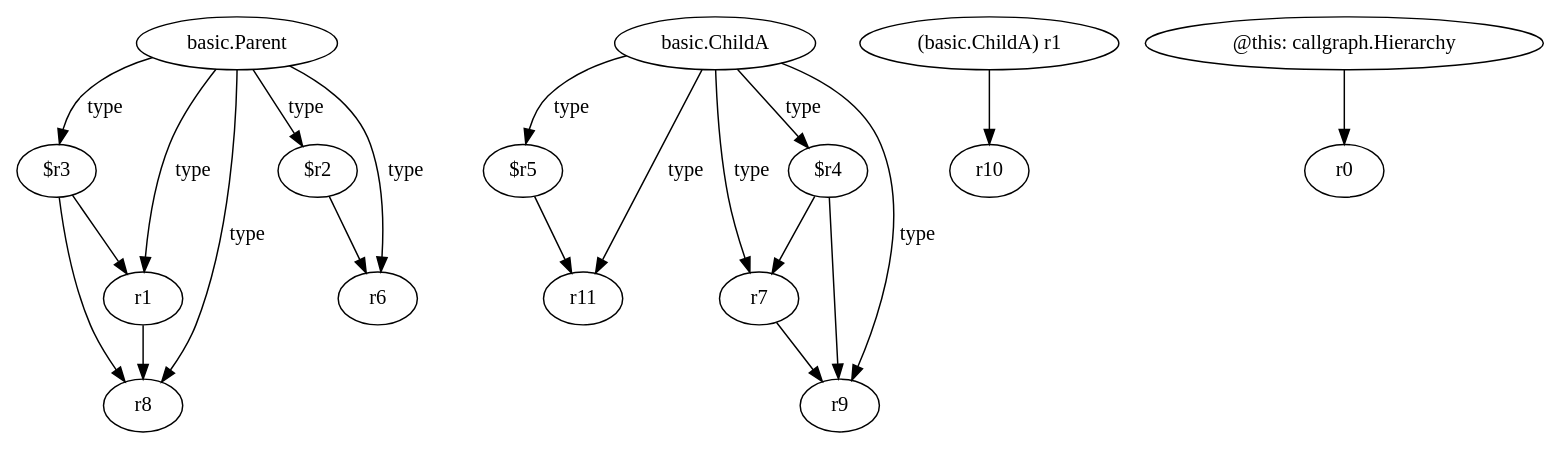
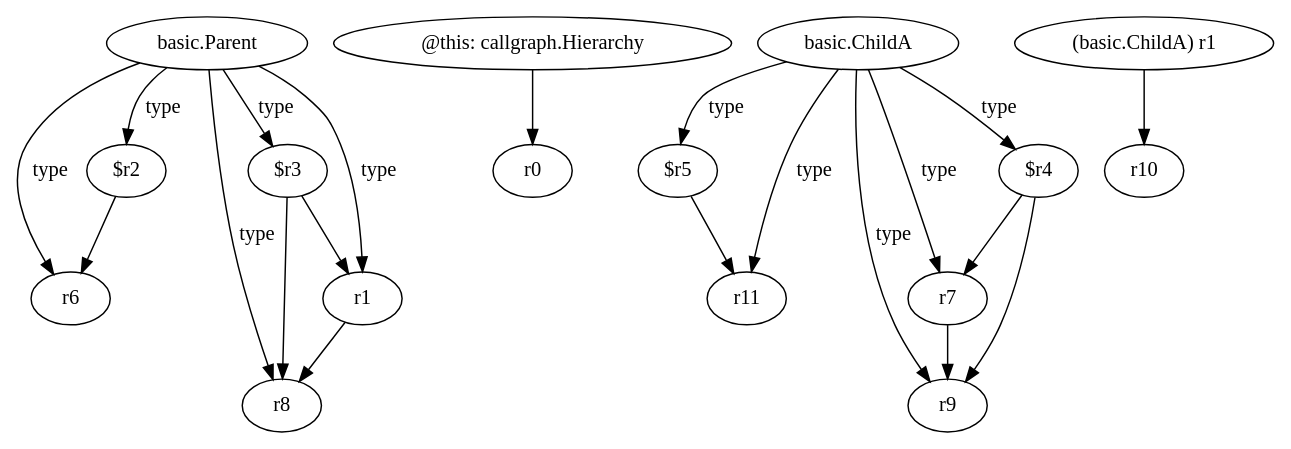
Before and after one commit to SeanCoek/zString: the diagram in relation2/<callgraph.Hierarchy: void assign()>.dot, drawn with Graphviz. The commit also changed 4443 other files, not shown here.

```diff
--- a/relation2/<callgraph.Hierarchy: void assign()>.dot
+++ b/relation2/<callgraph.Hierarchy: void assign()>.dot
@@ -1,38 +1,38 @@
 digraph g {
-0[label="$r3"]
-1[label="r8"]
-0->1[label=""]
-2[label="$r5"]
-3[label="r11"]
+0[label="basic.Parent"]
+1[label="$r2"]
+0->1[label="type"]
+2[label="$r3"]
+3[label="r8"]
 2->3[label=""]
-4[label="basic.Parent"]
+4[label="r6"]
+0->4[label="type"]
 5[label="r1"]
-4->5[label="type"]
-6[label="basic.ChildA"]
-7[label="$r4"]
-6->7[label="type"]
-0->5[label=""]
-8[label="(basic.ChildA) r1"]
-9[label="r10"]
-8->9[label=""]
-10[label="$r2"]
-4->10[label="type"]
-11[label="r7"]
-12[label="r9"]
-11->12[label=""]
-7->12[label=""]
-7->11[label=""]
-5->1[label=""]
-4->1[label="type"]
-6->2[label="type"]
-6->3[label="type"]
-13[label="r6"]
-10->13[label=""]
-6->11[label="type"]
-4->0[label="type"]
-6->12[label="type"]
-4->13[label="type"]
-14[label="@this: callgraph.Hierarchy"]
-15[label="r0"]
+0->5[label="type"]
+6[label="@this: callgraph.Hierarchy"]
+7[label="r0"]
+6->7[label=""]
+1->4[label=""]
+8[label="basic.ChildA"]
+9[label="r7"]
+8->9[label="type"]
+10[label="$r5"]
+8->10[label="type"]
+11[label="r9"]
+9->11[label=""]
+0->2[label="type"]
+12[label="r11"]
+10->12[label=""]
+0->3[label="type"]
+2->5[label=""]
+8->12[label="type"]
+13[label="$r4"]
+8->13[label="type"]
+5->3[label=""]
+14[label="(basic.ChildA) r1"]
+15[label="r10"]
 14->15[label=""]
+8->11[label="type"]
+13->11[label=""]
+13->9[label=""]
 }
```
